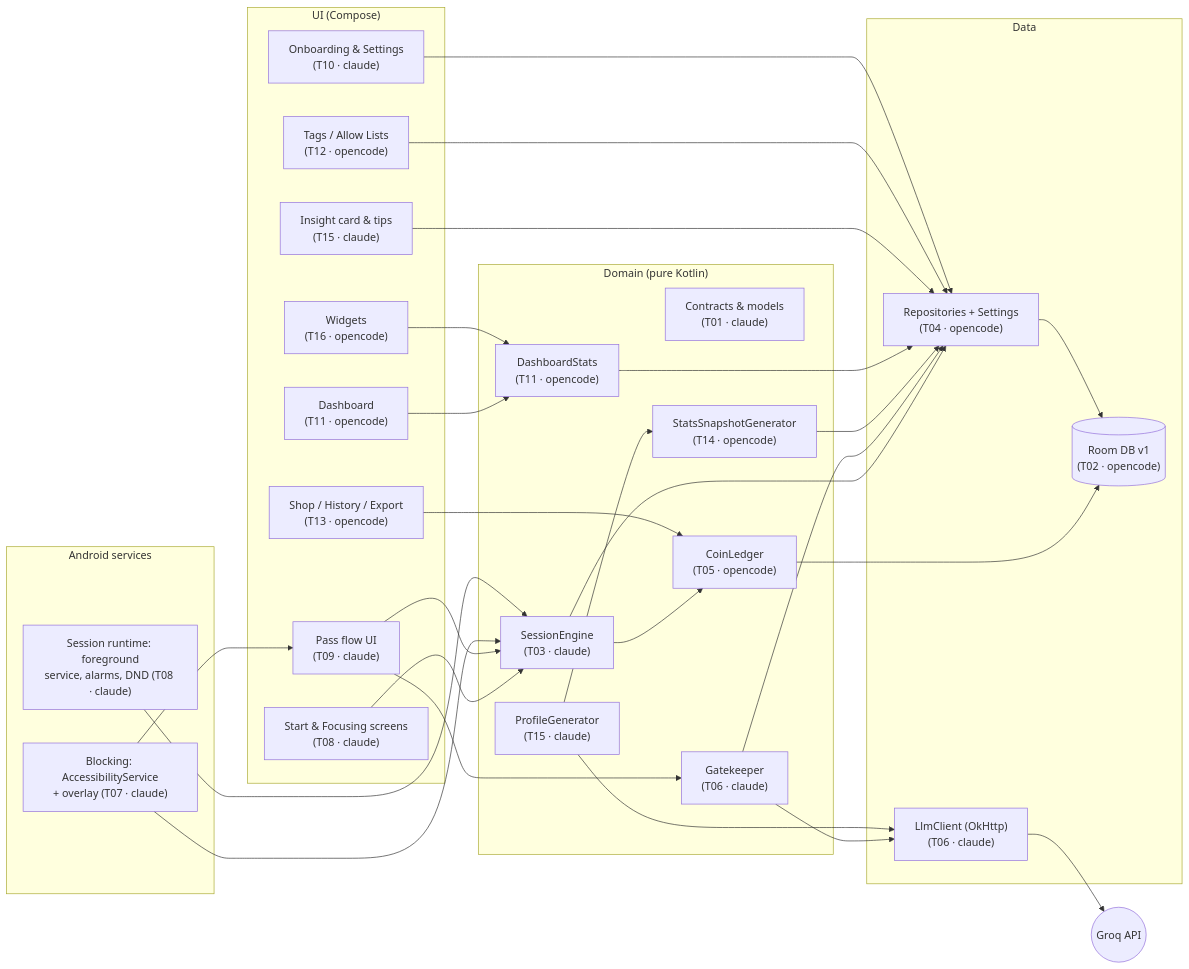
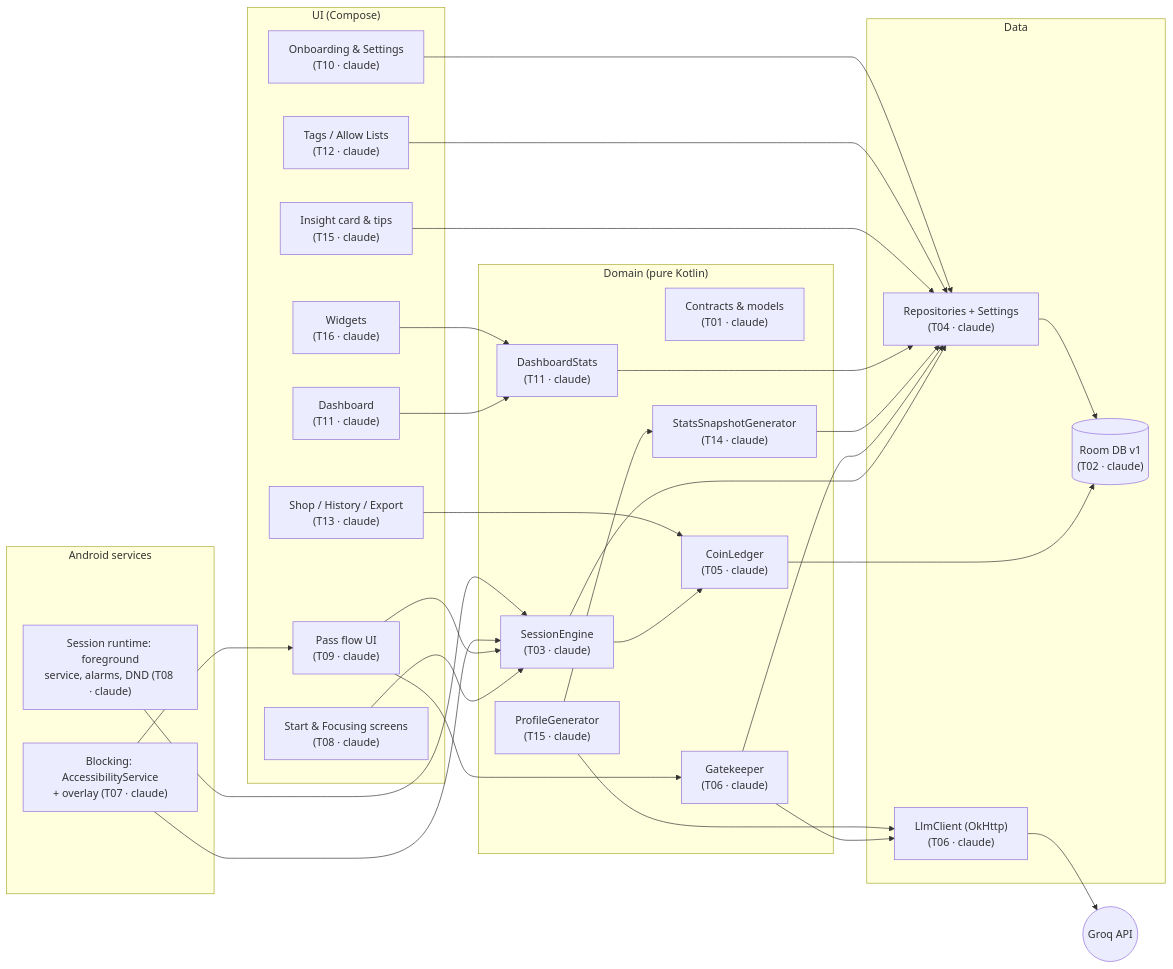
One commit to KrunalWankhade9021/Root changed the first of 4 diagrams in docs/superpowers/plans/2026-10-21-rootd-build-plan.md. Above: the diagram before and after it, drawn with Mermaid. The commit also changed other lines of this file and 24 other files, not shown here.

First line of the commit message:
T02: Room database v1 (redone) + all tasks reassigned to Claude (#5)

````diff
--- a/docs/superpowers/plans/2026-10-21-rootd-build-plan.md
+++ b/docs/superpowers/plans/2026-10-21-rootd-build-plan.md
@@ -74,58 +77,58 @@
 ```mermaid
 flowchart LR
   subgraph UI["UI (Compose)"]
     UIstart["Start & Focusing screens<br/>(T08 · claude)"]
     UIpass["Pass flow UI<br/>(T09 · claude)"]
     UIset["Onboarding & Settings<br/>(T10 · claude)"]
-    UIdash["Dashboard<br/>(T11 · opencode)"]
-    UIcat["Tags / Allow Lists<br/>(T12 · opencode)"]
-    UIshop["Shop / History / Export<br/>(T13 · opencode)"]
+    UIdash["Dashboard<br/>(T11 · claude)"]
+    UIcat["Tags / Allow Lists<br/>(T12 · claude)"]
+    UIshop["Shop / History / Export<br/>(T13 · claude)"]
     UIins["Insight card & tips<br/>(T15 · claude)"]
-    W["Widgets<br/>(T16 · opencode)"]
+    W["Widgets<br/>(T16 · claude)"]
   end
 
   subgraph Domain["Domain (pure Kotlin)"]
     C["Contracts & models<br/>(T01 · claude)"]
     SE["SessionEngine<br/>(T03 · claude)"]
     GK["Gatekeeper<br/>(T06 · claude)"]
-    CL["CoinLedger<br/>(T05 · opencode)"]
-    ST["DashboardStats<br/>(T11 · opencode)"]
-    SN["StatsSnapshotGenerator<br/>(T14 · opencode)"]
+    CL["CoinLedger<br/>(T05 · claude)"]
+    ST["DashboardStats<br/>(T11 · claude)"]
+    SN["StatsSnapshotGenerator<br/>(T14 · claude)"]
     PG["ProfileGenerator<br/>(T15 · claude)"]
   end
 
   subgraph Android["Android services"]
     BL["Blocking: AccessibilityService<br/>+ overlay (T07 · claude)"]
     RT["Session runtime: foreground<br/>service, alarms, DND (T08 · claude)"]
   end
 
   subgraph Data["Data"]
-    DB[("Room DB v1<br/>(T02 · opencode)")]
-    RP["Repositories + Settings<br/>(T04 · opencode)"]
+    DB[("Room DB v1<br/>(T02 · claude)")]
+    RP["Repositories + Settings<br/>(T04 · claude)"]
     LLM["LlmClient (OkHttp)<br/>(T06 · claude)"]
   end
 
   UIstart --> SE
   UIpass --> GK
   UIpass --> SE
   BL --> SE
   BL --> UIpass
   RT --> SE
   SE --> RP
   SE --> CL
   GK --> LLM
   GK --> RP
   PG --> LLM
   PG --> SN
   SN --> RP
   ST --> RP
   CL --> DB
   RP --> DB
   UIdash --> ST
   UIins --> RP
   W --> ST
   UIshop --> CL
   UIcat --> RP
   UIset --> RP
   LLM --> GROQ(("Groq API"))
 ```
````
